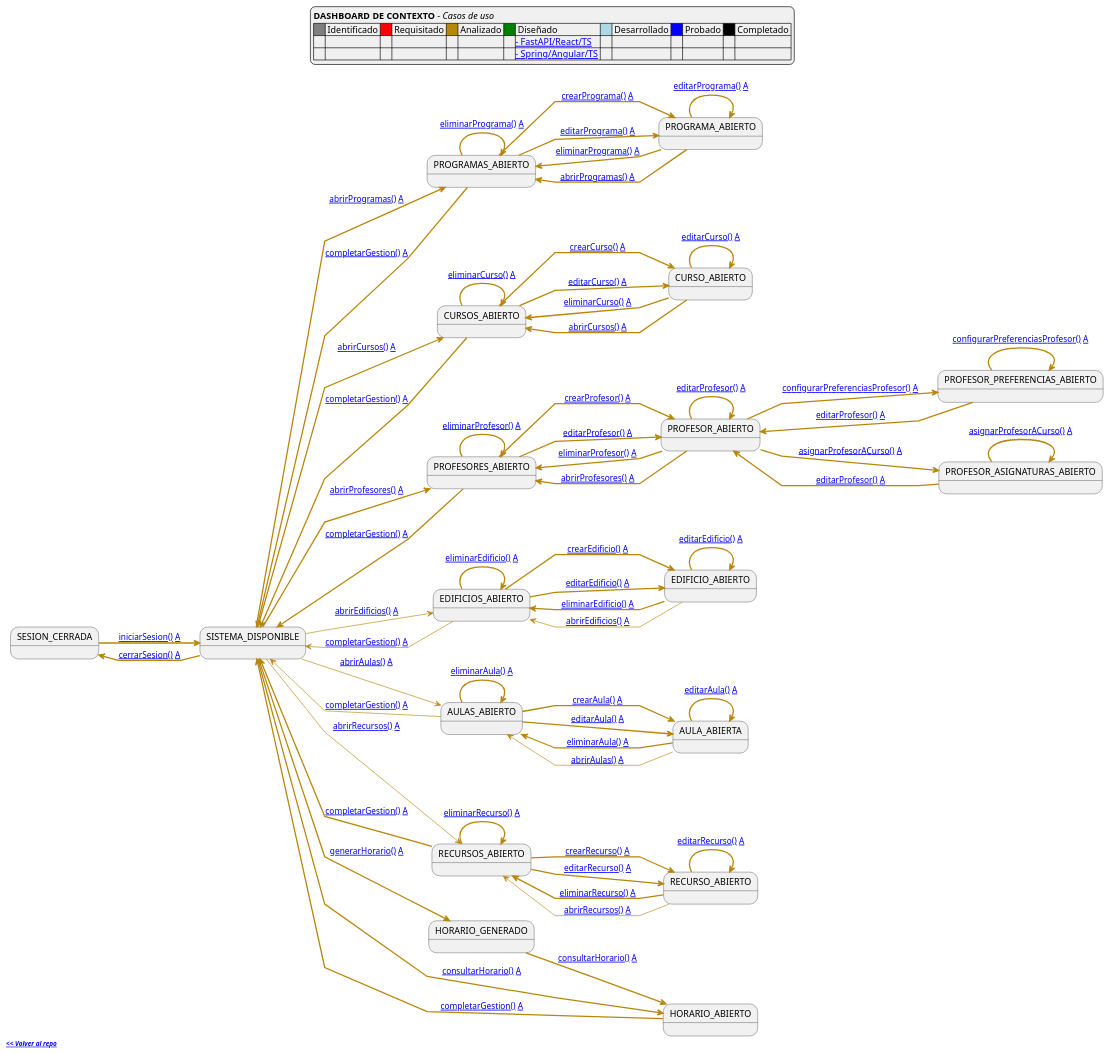
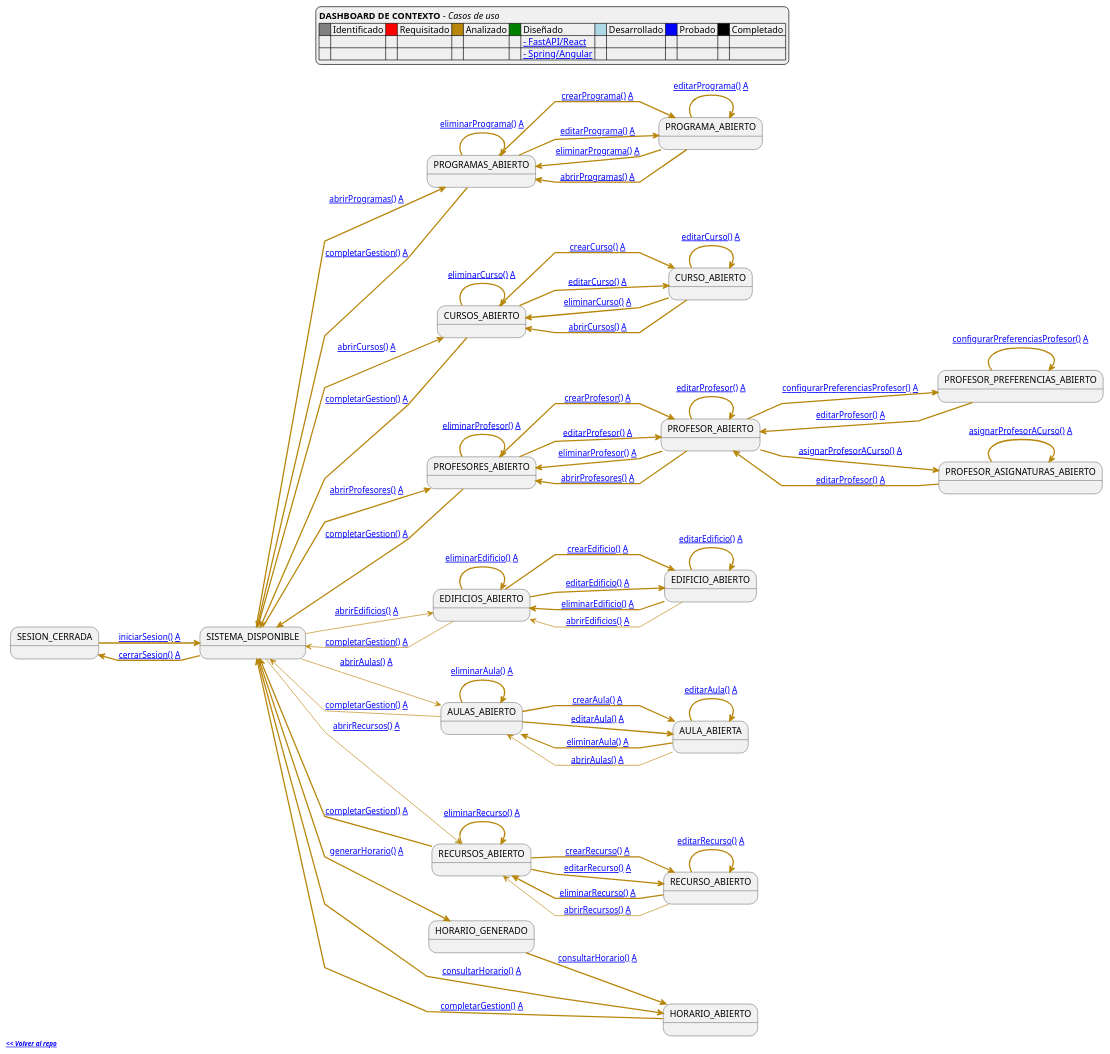
One commit to mmasias/pySigHor changed the diagram in RUP/99-seguimiento/diagrama-contexto-administrador.puml. Above: the diagram before and after it, drawn with PlantUML. The commit also changed 1 other file, not shown here.

```diff
--- a/RUP/99-seguimiento/diagrama-contexto-administrador.puml
+++ b/RUP/99-seguimiento/diagrama-contexto-administrador.puml
@@ -19,8 +19,8 @@
     **DASHBOARD DE CONTEXTO** - <i>Casos de uso</i>
     '====
     |<#gray>     | Identificado |<#red>     | Requisitado |<#darkgoldenrod>     | Analizado |<#green>     | Diseñado |<#lightblue>     | Desarrollado |<#blue>     | Probado |<#black>     | Completado |
-    | | | | | | | |[[https://raw.githubusercontent.com/mmasias/pySigHor/diseño-fastapi-react/images/RUP/99-seguimiento/diagrama-contexto-administrador.svg - FastAPI/React/TS]] |
-    | | | | | | | |[[https://raw.githubusercontent.com/mmasias/pySigHor/diseño-spring-angular/images/RUP/99-seguimiento/diagrama-contexto-administrador.svg - Spring/Angular/TS]] |
+    | | | | | | | | [[https://raw.githubusercontent.com/mmasias/pySigHor/diseño-fastapi-react/images/RUP/99-seguimiento/diagrama-contexto-administrador.svg - FastAPI/React]] |
+    | | | | | | | | [[https://raw.githubusercontent.com/mmasias/pySigHor/diseño-spring-angular/images/RUP/99-seguimiento/diagrama-contexto-administrador.svg - Spring/Angular]] |
     '====
     '[**nombreCasoUso()**] -> Especificación detallada / [**A**] -> Análisis MVC / [**D**] -> Diseño (disponible en ramas específicas)
     '====
```
